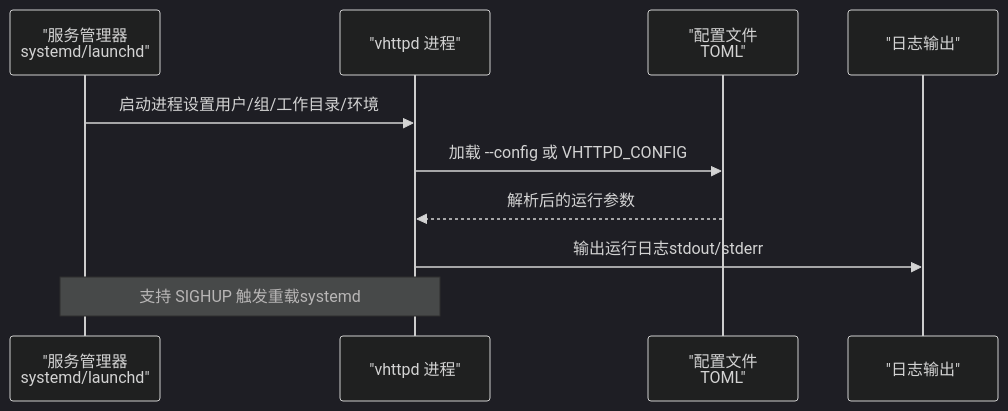
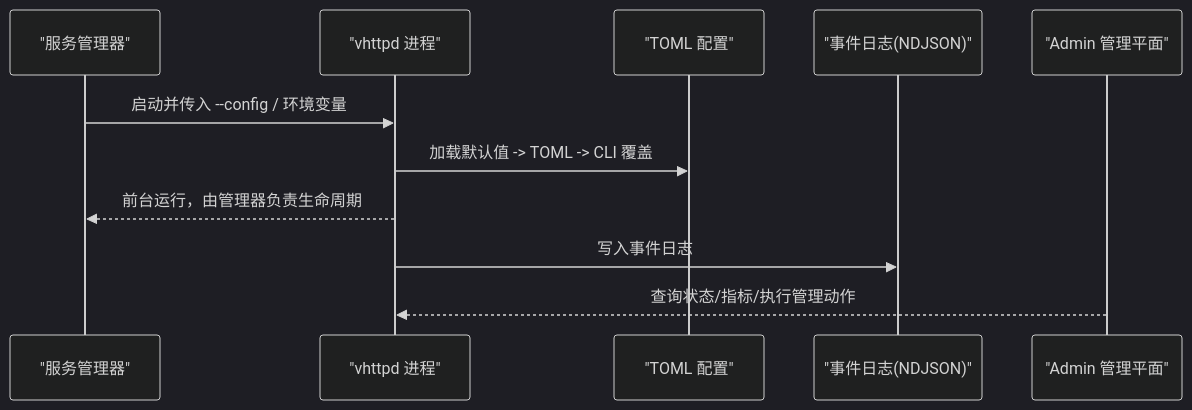
Before and after one commit to guweigang/vhttpd: the second of 6 diagrams in .qoder/repowiki/zh/content/部署运维/服务管理.md, drawn with Mermaid (dark theme). The commit also changed other lines of this file and 697 other files, not shown here.

````diff
--- a/.qoder/repowiki/zh/content/部署运维/服务管理.md
+++ b/.qoder/repowiki/zh/content/部署运维/服务管理.md
@@ -70,12 +67,13 @@
 ```mermaid
 sequenceDiagram
-participant SM as "服务管理器<br/>systemd/launchd"
-participant Proc as "vhttpd 进程"
-participant Cfg as "配置文件<br/>TOML"
-participant Log as "日志输出"
-SM->>Proc : 启动进程设置用户/组/工作目录/环境
-Proc->>Cfg : 加载 --config 或 VHTTPD_CONFIG
-Cfg-->>Proc : 解析后的运行参数
-Proc->>Log : 输出运行日志stdout/stderr
-Note over Proc,SM : 支持 SIGHUP 触发重载systemd
+participant SM as "服务管理器"
+participant V as "vhttpd 进程"
+participant CFG as "TOML 配置"
+participant LOG as "事件日志(NDJSON)"
+participant ADM as "Admin 管理平面"
+SM->>V : 启动并传入 --config / 环境变量
+V->>CFG : 加载默认值 -> TOML -> CLI 覆盖
+V-->>SM : 前台运行，由管理器负责生命周期
+V->>LOG : 写入事件日志
+ADM-->>V : 查询状态/指标/执行管理动作
 ```
````
